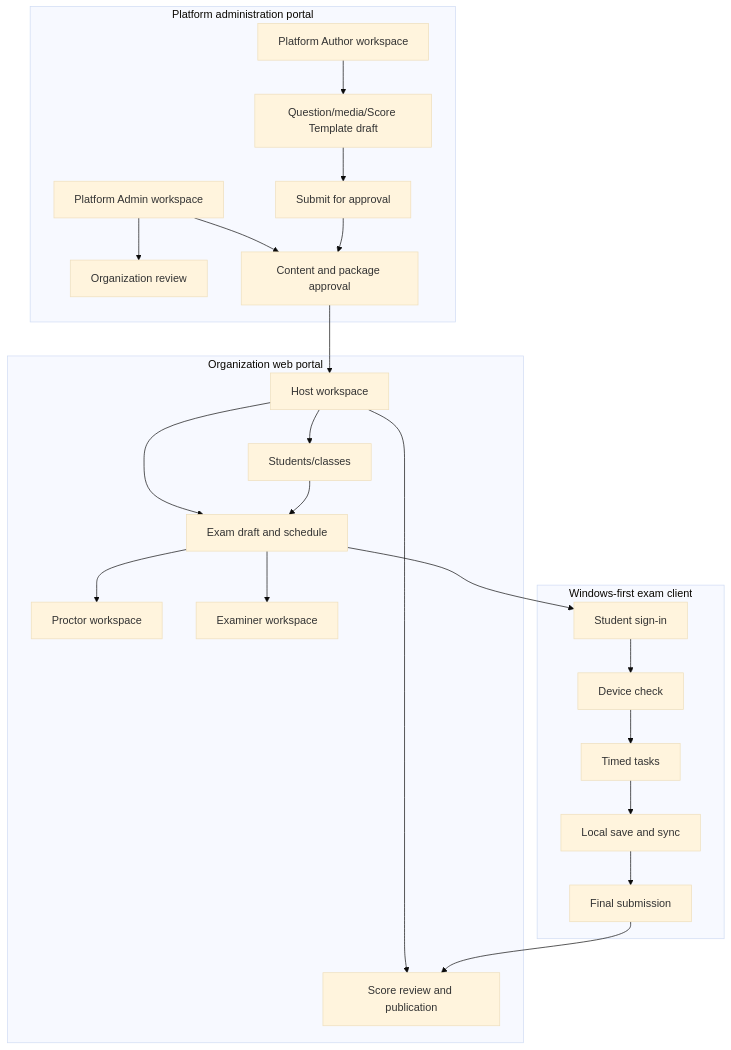
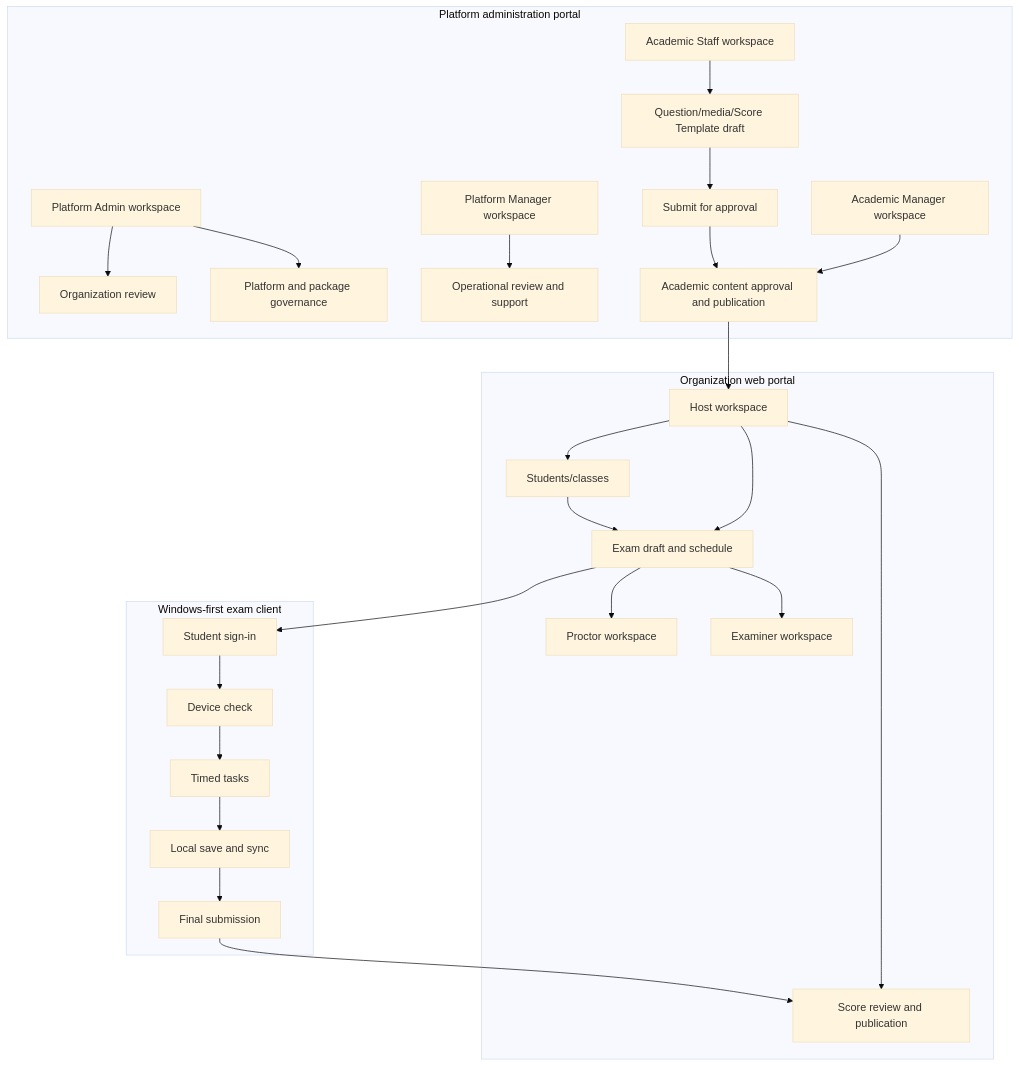
Before and after one commit to pte-org/pte-doc: the first of 2 diagrams in report/report03/03-functional-requirements.md, drawn with Mermaid (base theme). The commit also changed other lines of this file and 14 other files, not shown here.

````diff
--- a/report/report03/03-functional-requirements.md
+++ b/report/report03/03-functional-requirements.md
@@ -21,34 +21,38 @@
 ```mermaid
 flowchart TB
     subgraph Platform[Platform administration portal]
       PA[Platform Admin workspace]
-      AU[Platform Author workspace]
+      PM[Platform Manager workspace]
+      AM[Academic Manager workspace]
+      AU[Academic Staff workspace]
       PA --> REG[Organization review]
-      PA --> PUB[Content and package approval]
+      PA --> PACKAGE[Platform and package governance]
+      PM --> OPS[Operational review and support]
+      AM --> PUB[Academic content approval and publication]
       AU --> DRAFT[Question/media/Score Template draft]
       DRAFT --> SUBMIT[Submit for approval]
       SUBMIT --> PUB
     end
     subgraph Org[Organization web portal]
       HOST[Host workspace]
       PROC[Proctor workspace]
       EXAMINER[Examiner workspace]
       HOST --> ROSTER[Students/classes]
       HOST --> EXAM[Exam draft and schedule]
       EXAM --> PROC
       EXAM --> EXAMINER
       HOST --> REPORT[Score review and publication]
     end
     subgraph Client[Windows-first exam client]
       STUDENT[Student sign-in]
       CHECK[Device check]
       TASK[Timed tasks]
       SAVE[Local save and sync]
       SUBMIT2[Final submission]
       STUDENT --> CHECK --> TASK --> SAVE --> SUBMIT2
     end
     PUB --> HOST
     ROSTER --> EXAM
     EXAM --> STUDENT
     SUBMIT2 --> REPORT
 ```
````
